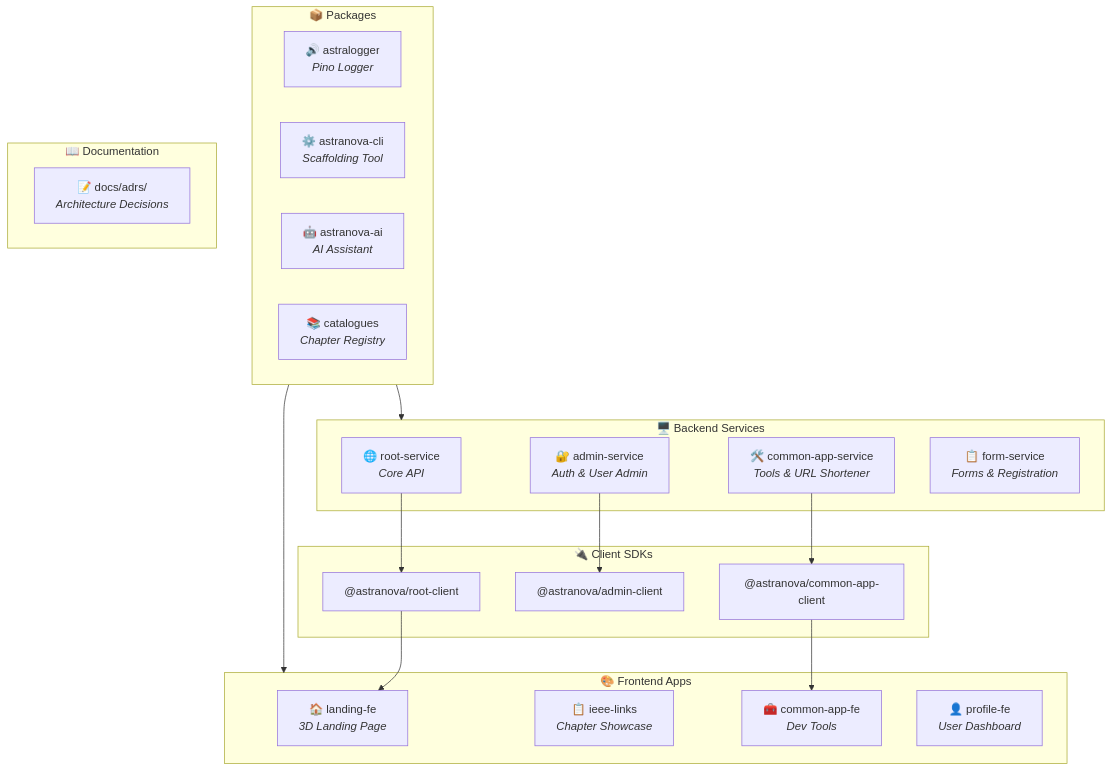
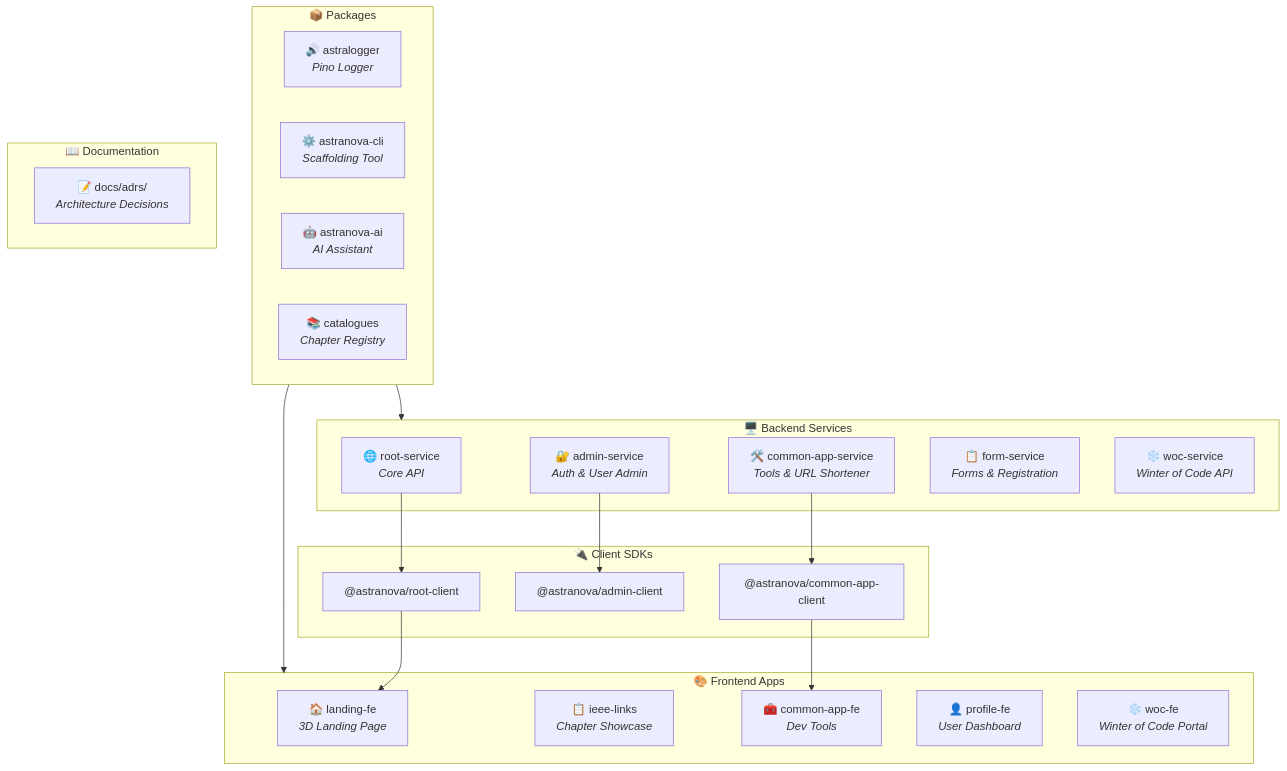
One commit to IEEE-Ritb-Website/ieee-ritb-suite changed the diagram in README.md. Above: the diagram before and after it, drawn with Mermaid. The commit also changed other lines of this file and 105 other files, not shown here.

````diff
--- a/README.md
+++ b/README.md
@@ -166,43 +166,45 @@
 ```mermaid
 graph TB
     subgraph Packages["📦 Packages"]
         AL["🔊 astralogger<br/><i>Pino Logger</i>"]
         CLI["⚙️ astranova-cli<br/><i>Scaffolding Tool</i>"]
         AI["🤖 astranova-ai<br/><i>AI Assistant</i>"]
         CAT["📚 catalogues<br/><i>Chapter Registry</i>"]
     end
 
     subgraph Backend["🖥️ Backend Services"]
         ROOT["🌐 root-service<br/><i>Core API</i>"]
         ADMIN["🔐 admin-service<br/><i>Auth & User Admin</i>"]
         COMMON["🛠️ common-app-service<br/><i>Tools & URL Shortener</i>"]
         FORM["📋 form-service<br/><i>Forms & Registration</i>"]
+        WOCBE["❄️ woc-service<br/><i>Winter of Code API</i>"]
     end
 
     subgraph Clients["🔌 Client SDKs"]
         RC["@astranova/root-client"]
         AC["@astranova/admin-client"]
         CC["@astranova/common-app-client"]
     end
 
     subgraph Frontend["🎨 Frontend Apps"]
         LAND["🏠 landing-fe<br/><i>3D Landing Page</i>"]
         LINKS["📋 ieee-links<br/><i>Chapter Showcase</i>"]
         TOOLS["🧰 common-app-fe<br/><i>Dev Tools</i>"]
         PROFILE["👤 profile-fe<br/><i>User Dashboard</i>"]
+        WOCFE["❄️ woc-fe<br/><i>Winter of Code Portal</i>"]
     end
 
     subgraph Docs["📖 Documentation"]
         ADR["📝 docs/adrs/<br/><i>Architecture Decisions</i>"]
     end
 
     Packages --> Backend
     Packages --> Frontend
 
     ROOT --> RC
     ADMIN --> AC
     COMMON --> CC
 
     RC --> LAND
     CC --> TOOLS
 ```
````
